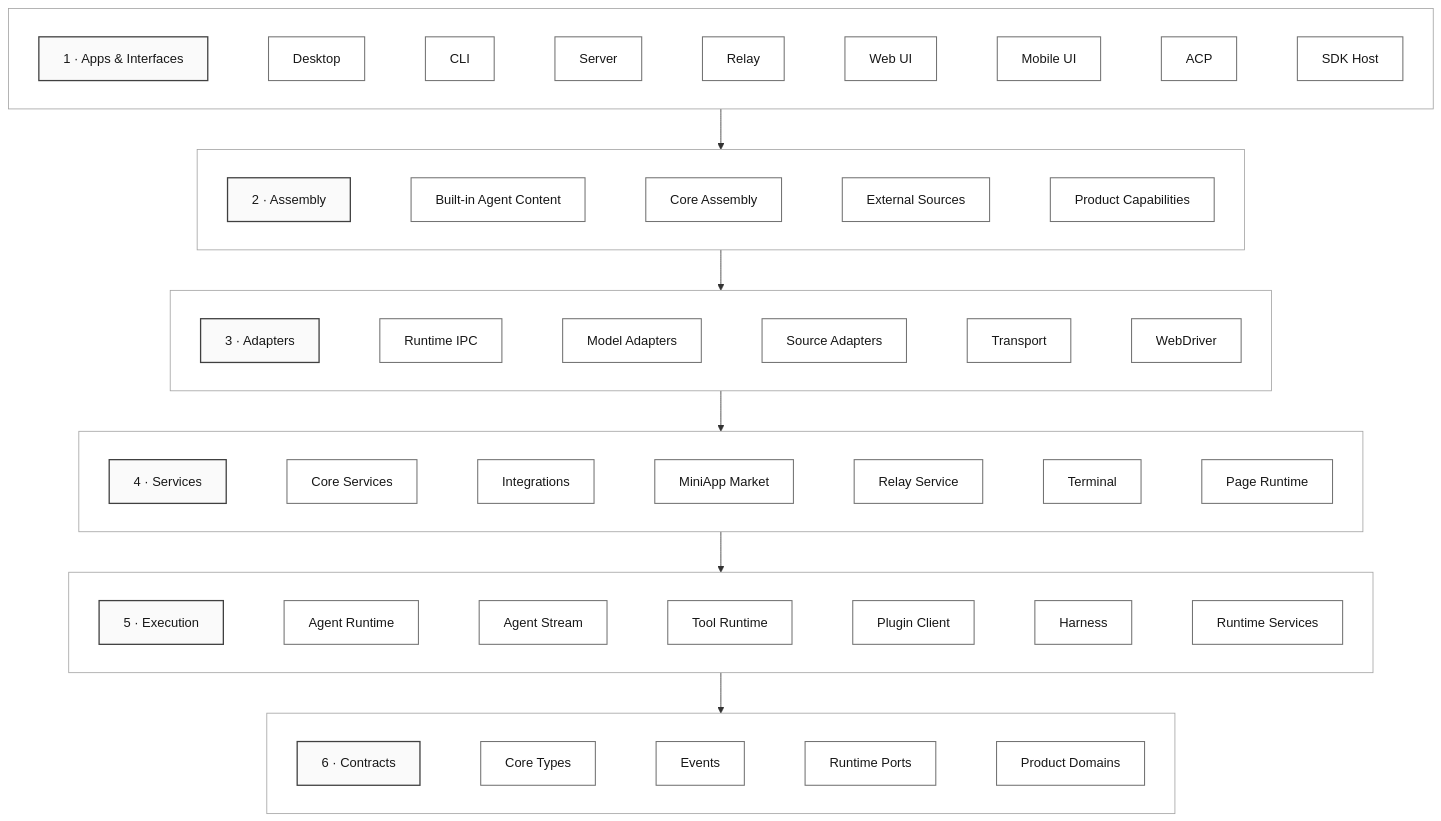
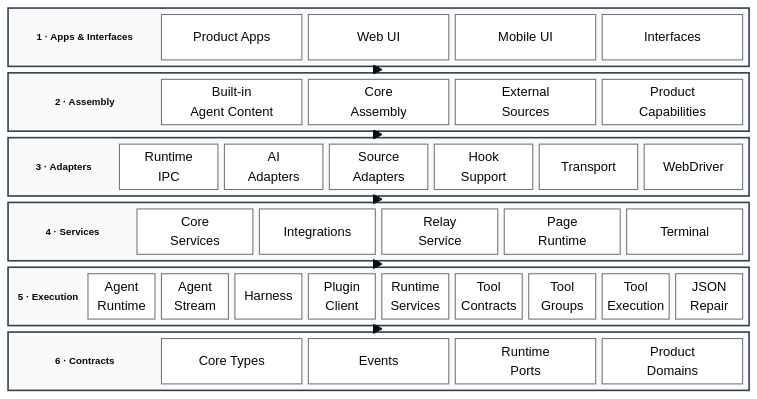
One commit to GCWing/BitFun changed the second of 16 diagrams in docs/architecture/product-architecture.md. Above: the diagram before and after it, drawn with Mermaid. The commit also changed other lines of this file, not shown here.

Commit message:
docs(architecture): refine 4+1 product views

````diff
--- a/docs/architecture/product-architecture.md
+++ b/docs/architecture/product-architecture.md
@@ -201,45 +132,53 @@
 ```mermaid
-flowchart TB
-  subgraph AppsLayer[" "]
-    direction LR
-    AppsTitle["1 · Apps & Interfaces"] ~~~ Desktop["Desktop"] ~~~ CLI["CLI"] ~~~ Server["Server"] ~~~ Relay["Relay"] ~~~ WebUI["Web UI"] ~~~ MobileUI["Mobile UI"] ~~~ ACP["ACP"] ~~~ SDKHost["SDK Host"]
+%%{init: {"theme":"base","block":{"padding":8}}}%%
+block-beta
+  columns 1
+
+  block:AppsLayer
+    columns 5
+    AppsTitle["1 · Apps & Interfaces"] ProductApps["Product Apps"] WebUI["Web UI"] MobileUI["Mobile UI"] Interfaces["Interfaces"]
   end
 
-  subgraph AssemblyLayer[" "]
-    direction LR
-    AssemblyTitle["2 · Assembly"] ~~~ AgentContent["Built-in Agent Content"] ~~~ CoreAssembly["Core Assembly"] ~~~ ExternalSources["External Sources"] ~~~ ProductCaps["Product Capabilities"]
+  block:AssemblyLayer
+    columns 5
+    AssemblyTitle["2 · Assembly"] AgentContent["Built-in<br/>Agent Content"] CoreAssembly["Core<br/>Assembly"] ExternalSources["External<br/>Sources"] ProductCaps["Product<br/>Capabilities"]
   end
 
-  subgraph AdaptersLayer[" "]
-    direction LR
-    AdaptersTitle["3 · Adapters"] ~~~ RuntimeIPC["Runtime IPC"] ~~~ ModelAdapters["Model Adapters"] ~~~ SourceAdapters["Source Adapters"] ~~~ Transport["Transport"] ~~~ WebDriver["WebDriver"]
+  block:AdaptersLayer
+    columns 7
+    AdaptersTitle["3 · Adapters"] RuntimeIPC["Runtime<br/>IPC"] AIAdapters["AI<br/>Adapters"] SourceAdapters["Source<br/>Adapters"] HookSupport["Hook<br/>Support"] Transport["Transport"] WebDriver["WebDriver"]
   end
 
-  subgraph ServicesLayer[" "]
-    direction LR
-    ServicesTitle["4 · Services"] ~~~ CoreServices["Core Services"] ~~~ Integrations["Integrations"] ~~~ MiniAppMarket["MiniApp Market"] ~~~ RelayService["Relay Service"] ~~~ Terminal["Terminal"] ~~~ PageRuntime["Page Runtime"]
+  block:ServicesLayer
+    columns 6
+    ServicesTitle["4 · Services"] CoreServices["Core<br/>Services"] Integrations["Integrations"] RelayService["Relay<br/>Service"] PageRuntime["Page<br/>Runtime"] Terminal["Terminal"]
   end
 
-  subgraph ExecutionLayer[" "]
-    direction LR
-    ExecutionTitle["5 · Execution"] ~~~ AgentRuntime["Agent Runtime"] ~~~ AgentStream["Agent Stream"] ~~~ ToolRuntime["Tool Runtime"] ~~~ PluginClient["Plugin Client"] ~~~ Harness["Harness"] ~~~ RuntimeServices["Runtime Services"]
+  block:ExecutionLayer
+    columns 10
+    ExecutionTitle["5 · Execution"] AgentRuntime["Agent<br/>Runtime"] AgentStream["Agent<br/>Stream"] Harness["Harness"] PluginClient["Plugin<br/>Client"] RuntimeServices["Runtime<br/>Services"] ToolContracts["Tool<br/>Contracts"] ToolGroups["Tool<br/>Groups"] ToolExecution["Tool<br/>Execution"] JSONRepair["JSON<br/>Repair"]
   end
 
-  subgraph ContractsLayer[" "]
-    direction LR
-    ContractsTitle["6 · Contracts"] ~~~ CoreTypes["Core Types"] ~~~ Events["Events"] ~~~ RuntimePorts["Runtime Ports"] ~~~ ProductDomains["Product Domains"]
+  block:ContractsLayer
+    columns 5
+    ContractsTitle["6 · Contracts"] CoreTypes["Core Types"] Events["Events"] RuntimePorts["Runtime<br/>Ports"] ProductDomains["Product<br/>Domains"]
   end
 
-  AppsTitle --> AssemblyTitle --> AdaptersTitle --> ServicesTitle --> ExecutionTitle --> ContractsTitle
+  AppsLayer --> AssemblyLayer
+  AssemblyLayer --> AdaptersLayer
+  AdaptersLayer --> ServicesLayer
+  ServicesLayer --> ExecutionLayer
+  ExecutionLayer --> ContractsLayer
 
-  classDef header fill:#fafafa,stroke:#404040,stroke-width:1.6px,color:#171717;
-  classDef module fill:#ffffff,stroke:#737373,stroke-width:1.3px,color:#171717;
-  class AppsTitle,AssemblyTitle,AdaptersTitle,ServicesTitle,ExecutionTitle,ContractsTitle header;
-  class Desktop,CLI,Server,Relay,WebUI,MobileUI,ACP,SDKHost,AgentContent,CoreAssembly,ExternalSources,ProductCaps,RuntimeIPC,ModelAdapters,SourceAdapters,Transport,WebDriver,CoreServices,Integrations,MiniAppMarket,RelayService,Terminal,PageRuntime,AgentRuntime,AgentStream,ToolRuntime,PluginClient,Harness,RuntimeServices,CoreTypes,Events,RuntimePorts,ProductDomains module;
-  style AppsLayer fill:#ffffff,stroke:#a3a3a3;
-  style AssemblyLayer fill:#ffffff,stroke:#a3a3a3;
-  style AdaptersLayer fill:#ffffff,stroke:#a3a3a3;
-  style ServicesLayer fill:#ffffff,stroke:#a3a3a3;
-  style ExecutionLayer fill:#ffffff,stroke:#a3a3a3;
-  style ContractsLayer fill:#ffffff,stroke:#a3a3a3;
+  classDef module fill:#ffffff,stroke:#737373,stroke-width:1.3px,color:#171717
+  classDef sectionTitle fill:transparent,stroke:transparent,color:#171717,font-size:12px,font-weight:600
+  class ProductApps,WebUI,MobileUI,Interfaces,AgentContent,CoreAssembly,ExternalSources,ProductCaps,RuntimeIPC,AIAdapters,SourceAdapters,HookSupport,Transport,WebDriver,CoreServices,Integrations,RelayService,PageRuntime,Terminal,AgentRuntime,AgentStream,Harness,PluginClient,RuntimeServices,ToolContracts,ToolGroups,ToolExecution,JSONRepair,CoreTypes,Events,RuntimePorts,ProductDomains module
+  class AppsTitle,AssemblyTitle,AdaptersTitle,ServicesTitle,ExecutionTitle,ContractsTitle sectionTitle
+
+  style AppsLayer fill:#f8fafc,stroke:#334155,stroke-width:2px
+  style AssemblyLayer fill:#f8fafc,stroke:#334155,stroke-width:2px
+  style AdaptersLayer fill:#f8fafc,stroke:#334155,stroke-width:2px
+  style ServicesLayer fill:#f8fafc,stroke:#334155,stroke-width:2px
+  style ExecutionLayer fill:#f8fafc,stroke:#334155,stroke-width:2px
+  style ContractsLayer fill:#f8fafc,stroke:#334155,stroke-width:2px
 ```
````
